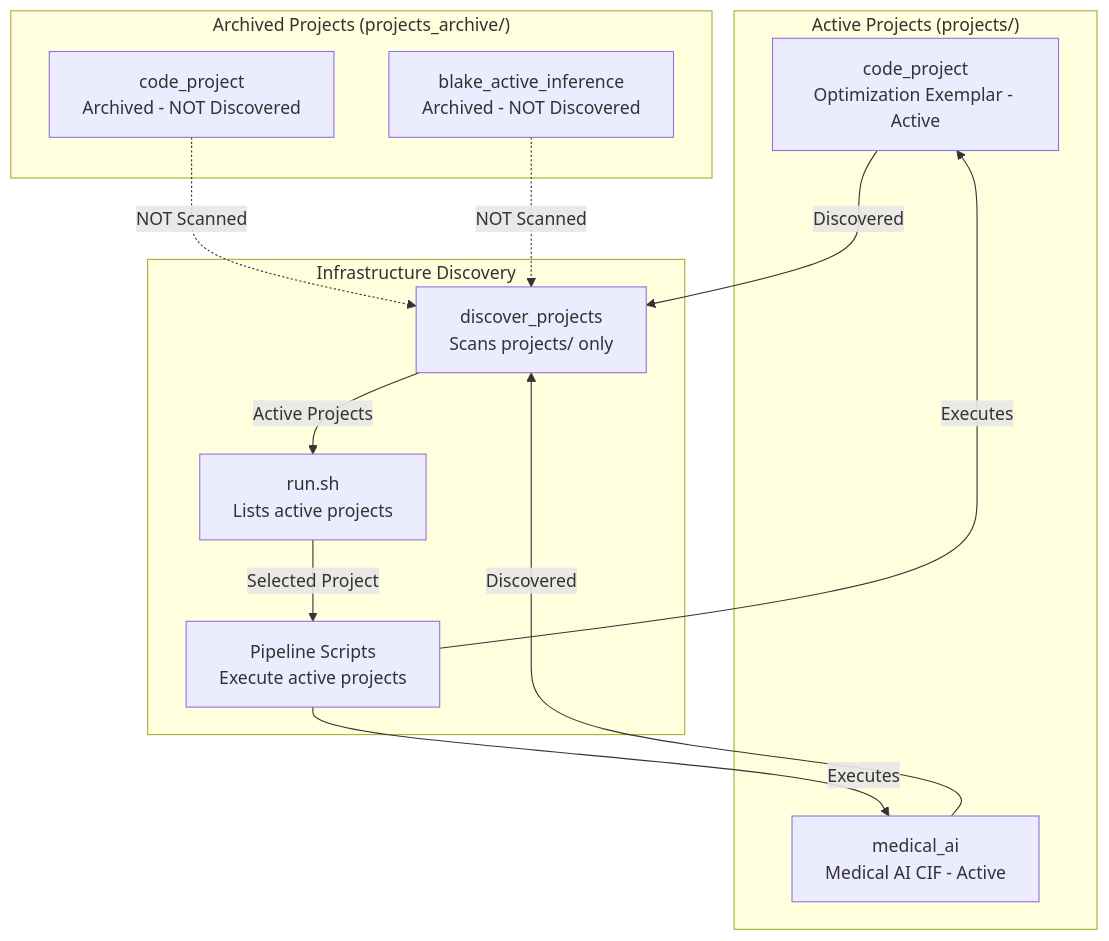
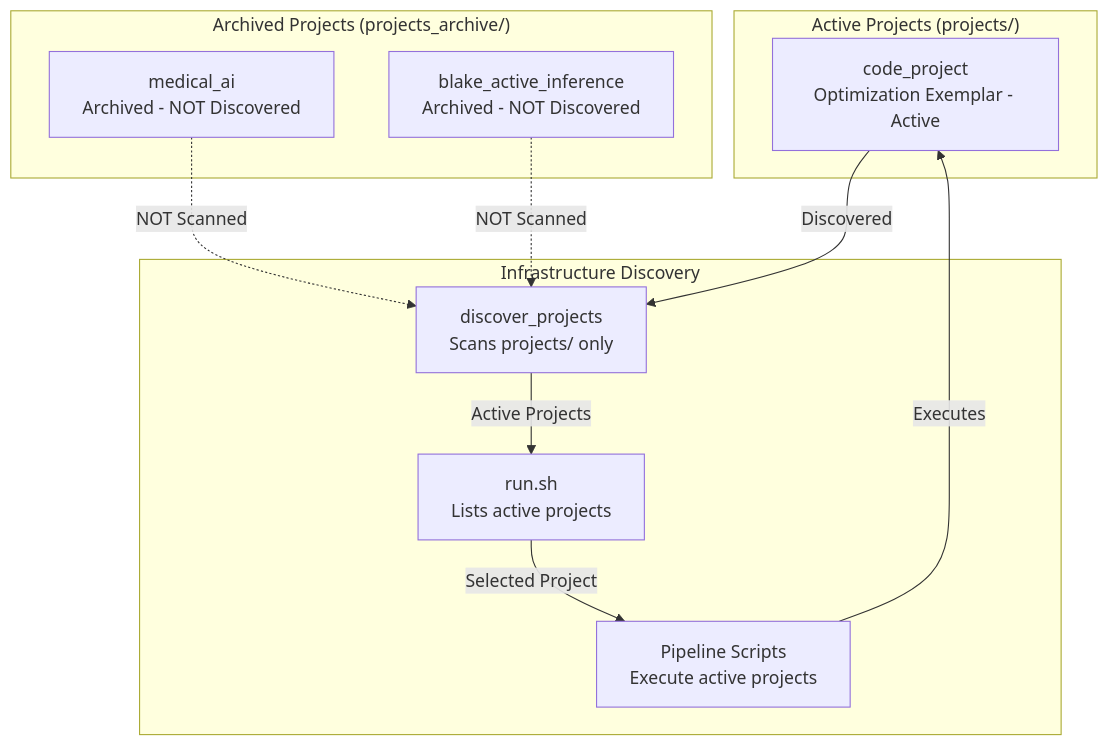
One commit to docxology/template changed the diagram in projects/AGENTS.md. Above: the diagram before and after it, drawn with Mermaid. The commit also changed other lines of this file and 104 other files, not shown here.

````diff
--- a/projects/AGENTS.md
+++ b/projects/AGENTS.md
@@ -61,28 +61,25 @@
 ```mermaid
 graph TD
     subgraph Active["Active Projects (projects/)"]
         P1[code_project<br/>Optimization Exemplar - Active]
-        P2[medical_ai<br/>Medical AI CIF - Active]
     end
 
     subgraph Archive["Archived Projects (projects_archive/)"]
-        A1[code_project<br/>Archived - NOT Discovered]
+        A1[medical_ai<br/>Archived - NOT Discovered]
         A2[blake_active_inference<br/>Archived - NOT Discovered]
     end
 
     subgraph Infrastructure["Infrastructure Discovery"]
         DISCOVER[discover_projects<br/>Scans projects/ only]
         RUNSH[run.sh<br/>Lists active projects]
         PIPELINE[Pipeline Scripts<br/>Execute active projects]
     end
 
     P1 -->|Discovered| DISCOVER
-    P2 -->|Discovered| DISCOVER
     A1 -.->|NOT Scanned| DISCOVER
     A2 -.->|NOT Scanned| DISCOVER
 
     DISCOVER -->|Active Projects| RUNSH
     RUNSH -->|Selected Project| PIPELINE
     PIPELINE -->|Executes| P1
-    PIPELINE -->|Executes| P2
 ```
````
